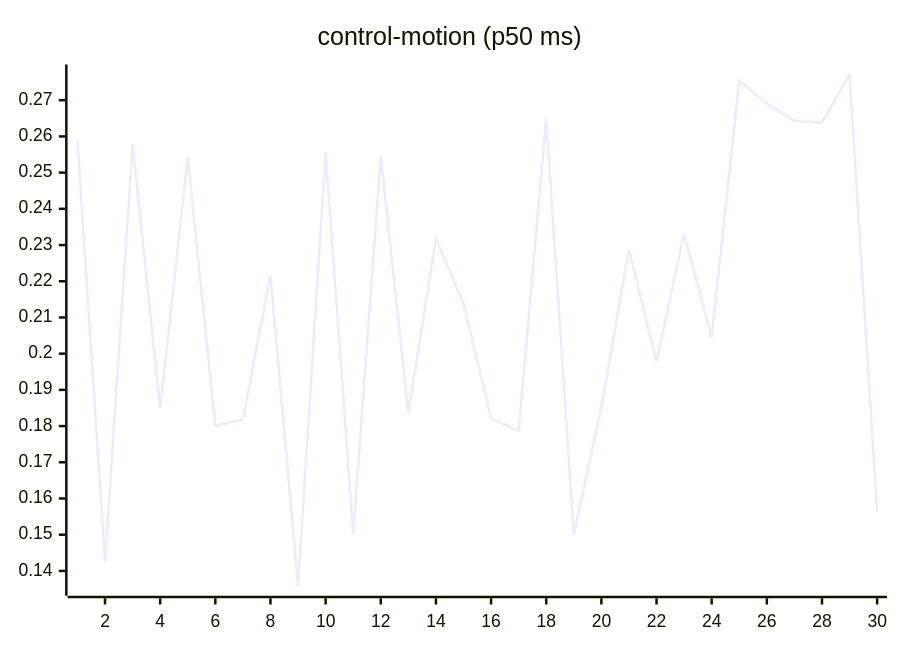
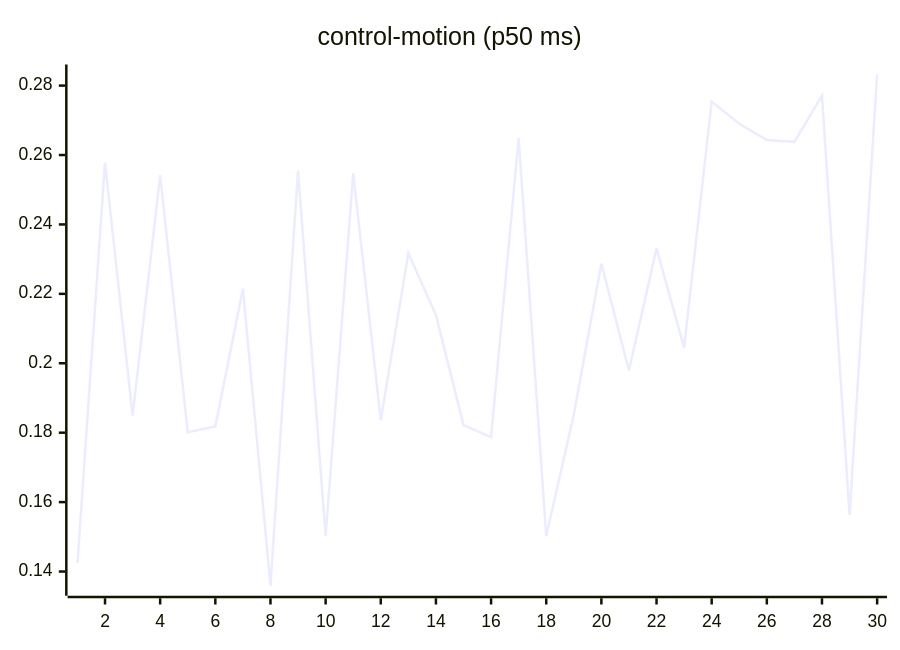
One commit to josha/Facet changed the seventh of 27 diagrams in README.md. Above: the diagram before and after it, drawn with Mermaid. The commit also changed other lines of this file and 2 other files, not shown here.

````diff
--- a/README.md
+++ b/README.md
@@ -105,6 +105,6 @@
 ```mermaid
 xychart-beta
     title "control-motion (p50 ms)"
     x-axis 1 --> 30
-    line [0.2588, 0.1424, 0.2579, 0.1849, 0.2542, 0.1801, 0.1818, 0.2215, 0.1359, 0.2555, 0.1502, 0.2547, 0.1836, 0.2317, 0.2139, 0.1822, 0.1787, 0.2649, 0.1502, 0.1852, 0.2287, 0.1979, 0.2331, 0.2045, 0.2754, 0.2690, 0.2643, 0.2638, 0.2771, 0.1563]
+    line [0.1424, 0.2579, 0.1849, 0.2542, 0.1801, 0.1818, 0.2215, 0.1359, 0.2555, 0.1502, 0.2547, 0.1836, 0.2317, 0.2139, 0.1822, 0.1787, 0.2649, 0.1502, 0.1852, 0.2287, 0.1979, 0.2331, 0.2045, 0.2754, 0.2690, 0.2643, 0.2638, 0.2771, 0.1563, 0.2832]
 ```
````
